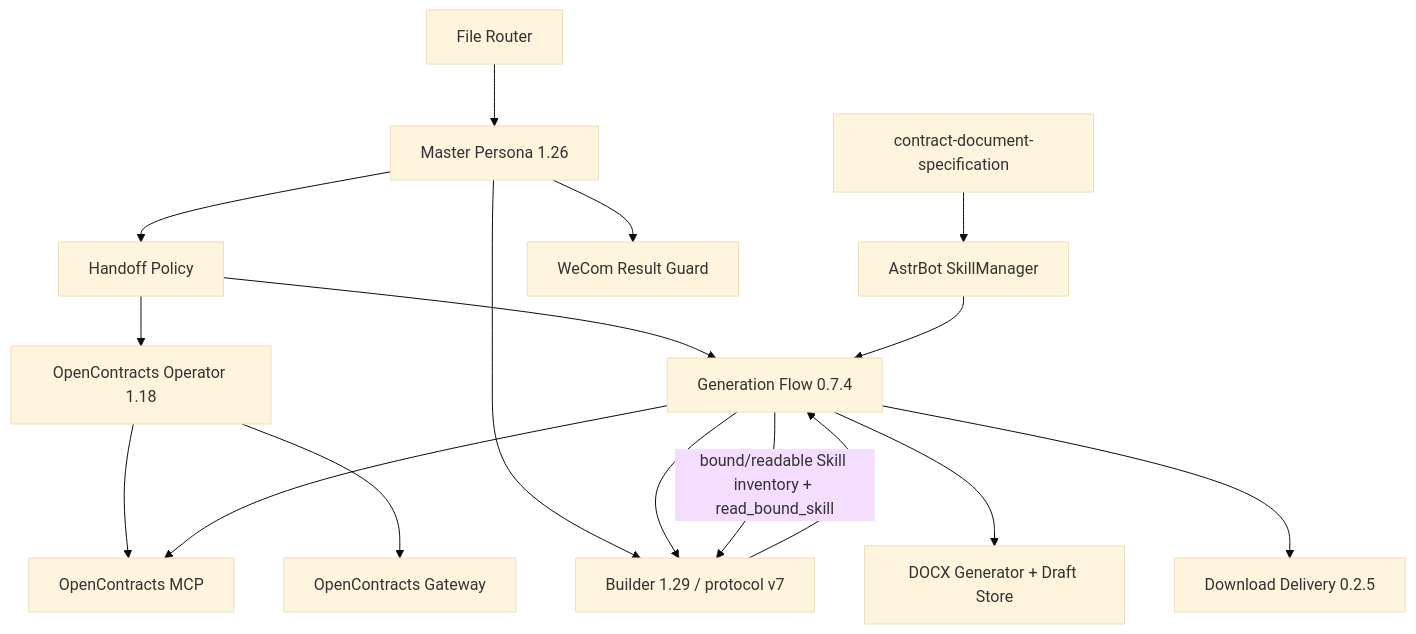
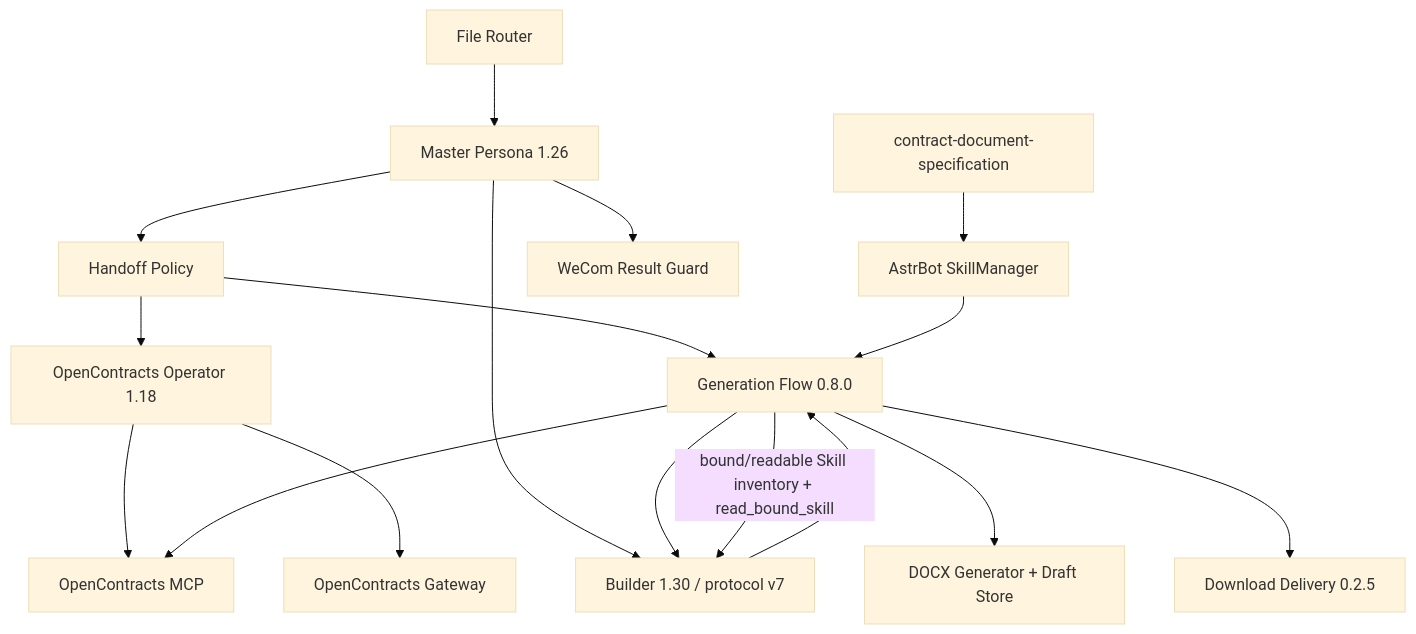
One commit to Ri0n72Y/ContractBotConfig changed the second of 2 diagrams in docs/architecture/system-context.md. Above: the diagram before and after it, drawn with Mermaid (base theme). The commit also changed other lines of this file and 16 other files, not shown here.

````diff
--- a/docs/architecture/system-context.md
+++ b/docs/architecture/system-context.md
@@ -26,31 +26,31 @@
 ```mermaid
 flowchart TB
     Router[File Router]
     Master[Master Persona 1.26]
     Handoff[Handoff Policy]
     Operator[OpenContracts Operator 1.18]
     Gateway[OpenContracts Gateway]
     MCP[OpenContracts MCP]
-    Builder[Builder 1.29 / protocol v7]
+    Builder[Builder 1.30 / protocol v7]
     SkillMgr[AstrBot SkillManager]
     DocSpec[contract-document-specification]
-    Flow[Generation Flow 0.7.4]
+    Flow[Generation Flow 0.8.0]
     Generator[DOCX Generator + Draft Store]
     Delivery[Download Delivery 0.2.5]
     Guard[WeCom Result Guard]
 
     Router --> Master
     Master --> Handoff --> Operator
     Operator --> MCP
     Operator --> Gateway
     Master --> Builder
     Handoff --> Flow --> Builder
     SkillMgr --> Flow
     DocSpec --> SkillMgr
     Flow -->|bound/readable Skill inventory + read_bound_skill| Builder
     Builder --> Flow
     Flow --> MCP
     Flow --> Generator
     Flow --> Delivery
     Master --> Guard
 ```
````
